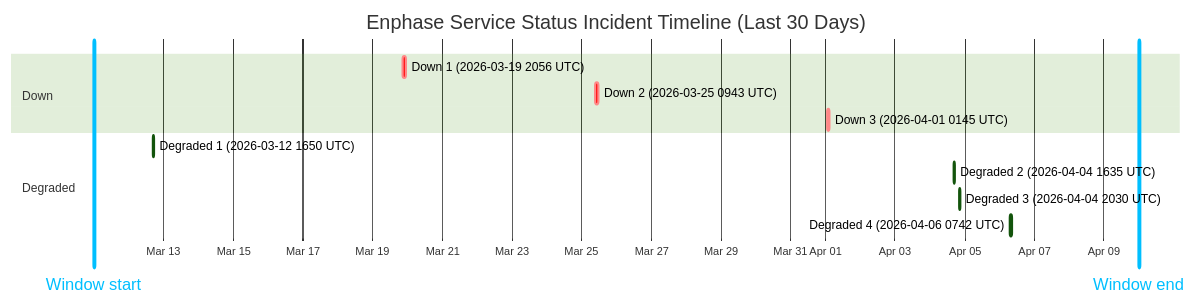
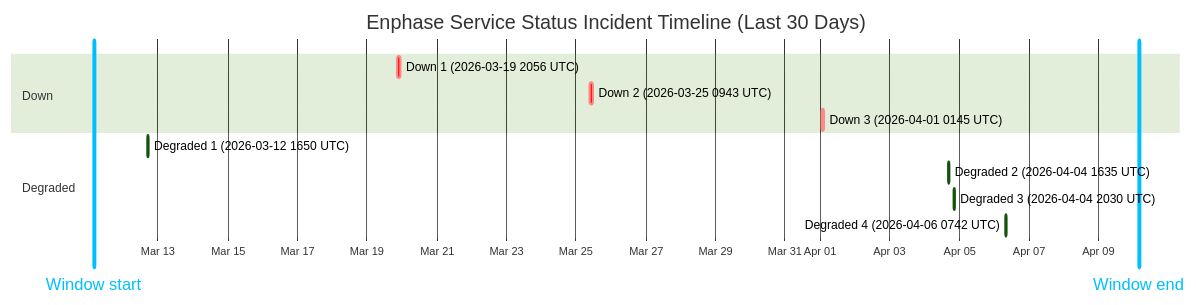
The diagram in wiki/Service-Status-History.md (barneyonline/ha-enphase-ev-charger), drawn with Mermaid (forest theme) before and after one commit. The commit also changed other lines of this file and 3 other files, not shown here.

````diff
--- a/wiki/Service-Status-History.md
+++ b/wiki/Service-Status-History.md
@@ -14,17 +14,17 @@
 ```mermaid
 gantt
     title Enphase Service Status Incident Timeline (Last 30 Days)
     dateFormat  YYYY-MM-DDTHH:mm:ss
     axisFormat  %b %d
-    Window start :vert, window-start, 2026-03-11T00:01:01, 0ms
-    Window end :vert, window-end, 2026-04-10T00:01:01, 0ms
+    Window start :vert, window-start, 2026-03-11T03:46:44, 0ms
+    Window end :vert, window-end, 2026-04-10T03:46:44, 0ms
     section Down
     Down 1 (2026-03-19 2056 UTC) :crit, down-1, 2026-03-19T20:56:20, 145m
     Down 2 (2026-03-25 0943 UTC) :crit, down-2, 2026-03-25T09:43:28, 111m
     Down 3 (2026-04-01 0145 UTC) :crit, down-3, 2026-04-01T01:45:09, 60m
     section Degraded
     Degraded 1 (2026-03-12 1650 UTC) :active, degraded-1, 2026-03-12T16:50:43, 60m
     Degraded 2 (2026-04-04 1635 UTC) :active, degraded-2, 2026-04-04T16:35:17, 60m
     Degraded 3 (2026-04-04 2030 UTC) :active, degraded-3, 2026-04-04T20:30:40, 60m
     Degraded 4 (2026-04-06 0742 UTC) :active, degraded-4, 2026-04-06T07:42:09, 85m
 ```
````
